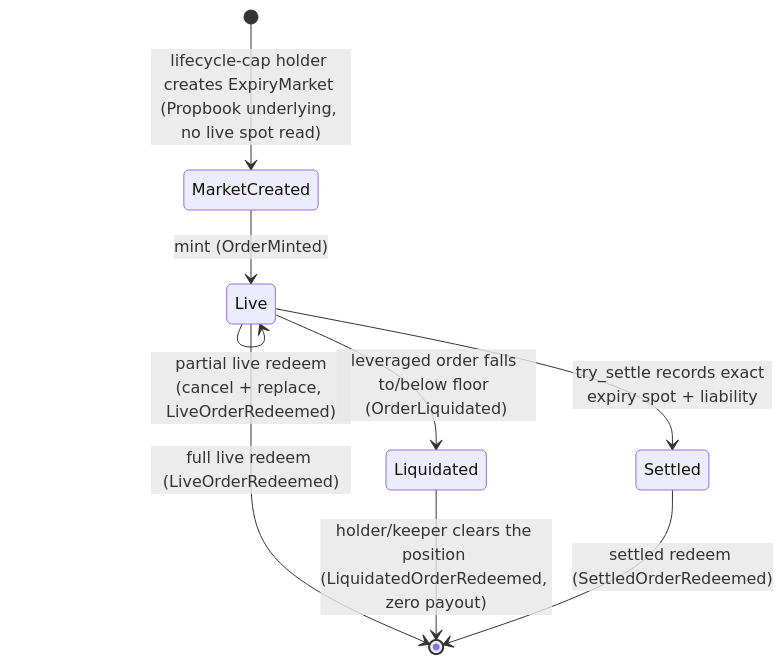
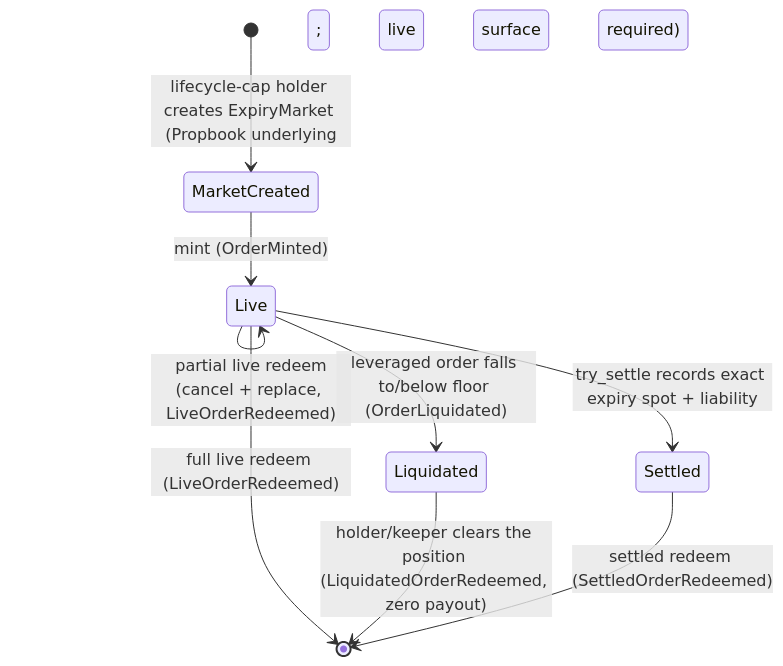
One commit to MystenLabs/deepbookv3 changed the diagram in packages/predict/docs/overview.md. Above: the diagram before and after it, drawn with Mermaid. The commit also changed other lines of this file and 40 other files, not shown here.

First line of the commit message:
predict: freeze each market's 900-tick window on the live SVI belly

````diff
--- a/packages/predict/docs/overview.md
+++ b/packages/predict/docs/overview.md
@@ -50,11 +50,11 @@
 ```mermaid
 stateDiagram-v2
-  [*] --> MarketCreated: lifecycle-cap holder creates ExpiryMarket (Propbook underlying, no live spot read)
+  [*] --> MarketCreated: lifecycle-cap holder creates ExpiryMarket (Propbook underlying; live surface required)
   MarketCreated --> Live: mint (OrderMinted)
   Live --> Live: partial live redeem<br/>(cancel + replace, LiveOrderRedeemed)
   Live --> [*]: full live redeem (LiveOrderRedeemed)
   Live --> Liquidated: leveraged order falls to/below floor (OrderLiquidated)
   Liquidated --> [*]: holder/keeper clears the position (LiquidatedOrderRedeemed, zero payout)
   Live --> Settled: try_settle records exact expiry spot + liability
   Settled --> [*]: settled redeem (SettledOrderRedeemed)
 ```
````
